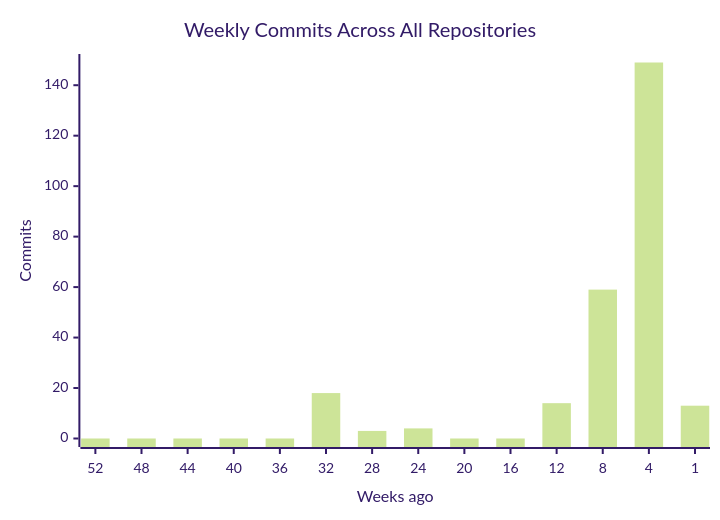
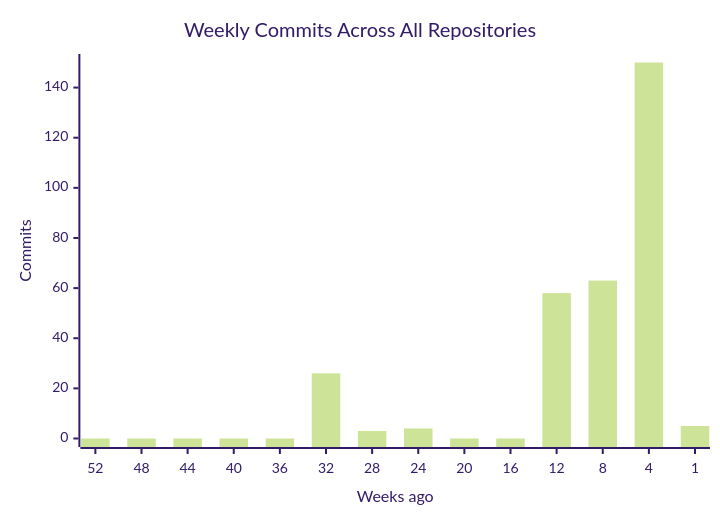
One commit to CSTH-Projects/.github changed the first of 4 diagrams in profile/README.md. Above: the diagram before and after it, drawn with Mermaid (forest theme). The commit also changed other lines of this file, not shown here.

````diff
--- a/profile/README.md
+++ b/profile/README.md
@@ -16,7 +16,7 @@
 ```mermaid
 xychart-beta
     title "Weekly Commits Across All Repositories"
     x-axis "Weeks ago" [52, 48, 44, 40, 36, 32, 28, 24, 20, 16, 12, 8, 4, 1]
     y-axis "Commits"
-    bar [0, 0, 0, 0, 0, 18, 3, 4, 0, 0, 14, 59, 149, 13]
+    bar [0, 0, 0, 0, 0, 26, 3, 4, 0, 0, 58, 63, 150, 5]
 ```
````
